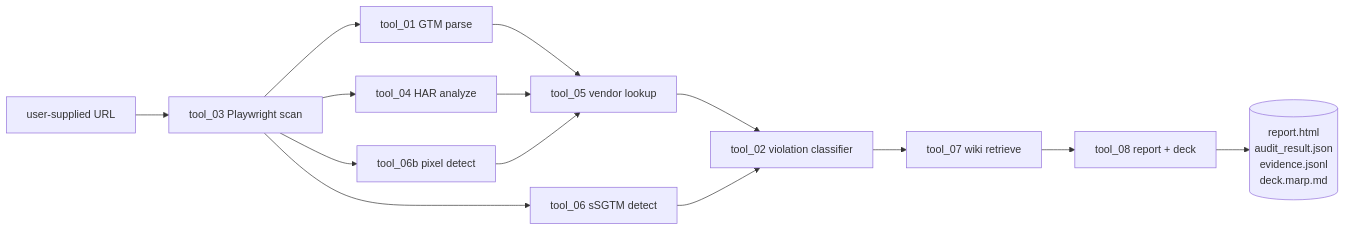
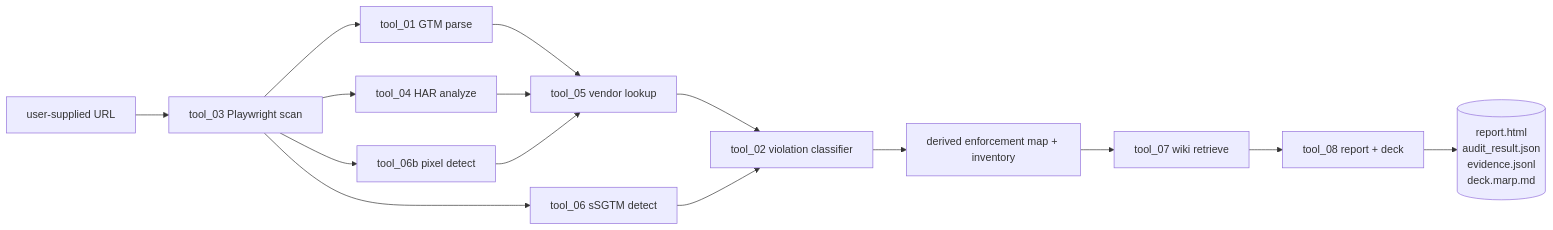
One commit to kb223/consent-engine changed the diagram in docs/scenarios.md. Above: the diagram before and after it, drawn with Mermaid. The commit also changed other lines of this file and 22 other files, not shown here.

Commit message:
feat: add enforcement pattern map

````diff
--- a/docs/scenarios.md
+++ b/docs/scenarios.md
@@ -7,16 +7,17 @@
 ```mermaid
 flowchart LR
     URL[user-supplied URL] --> SCAN[tool_03 Playwright scan]
     SCAN --> GTM[tool_01 GTM parse]
     SCAN --> HAR[tool_04 HAR analyze]
     SCAN --> SSG[tool_06 sSGTM detect]
     SCAN --> PIX[tool_06b pixel detect]
     GTM --> VL[tool_05 vendor lookup]
     HAR --> VL
     PIX --> VL
     VL --> CLA[tool_02 violation classifier]
     SSG --> CLA
-    CLA --> WIK[tool_07 wiki retrieve]
+    CLA --> MAP[derived enforcement map + inventory]
+    MAP --> WIK[tool_07 wiki retrieve]
     WIK --> REP[tool_08 report + deck]
     REP --> OUT[(report.html<br/>audit_result.json<br/>evidence.jsonl<br/>deck.marp.md)]
 ```
````
